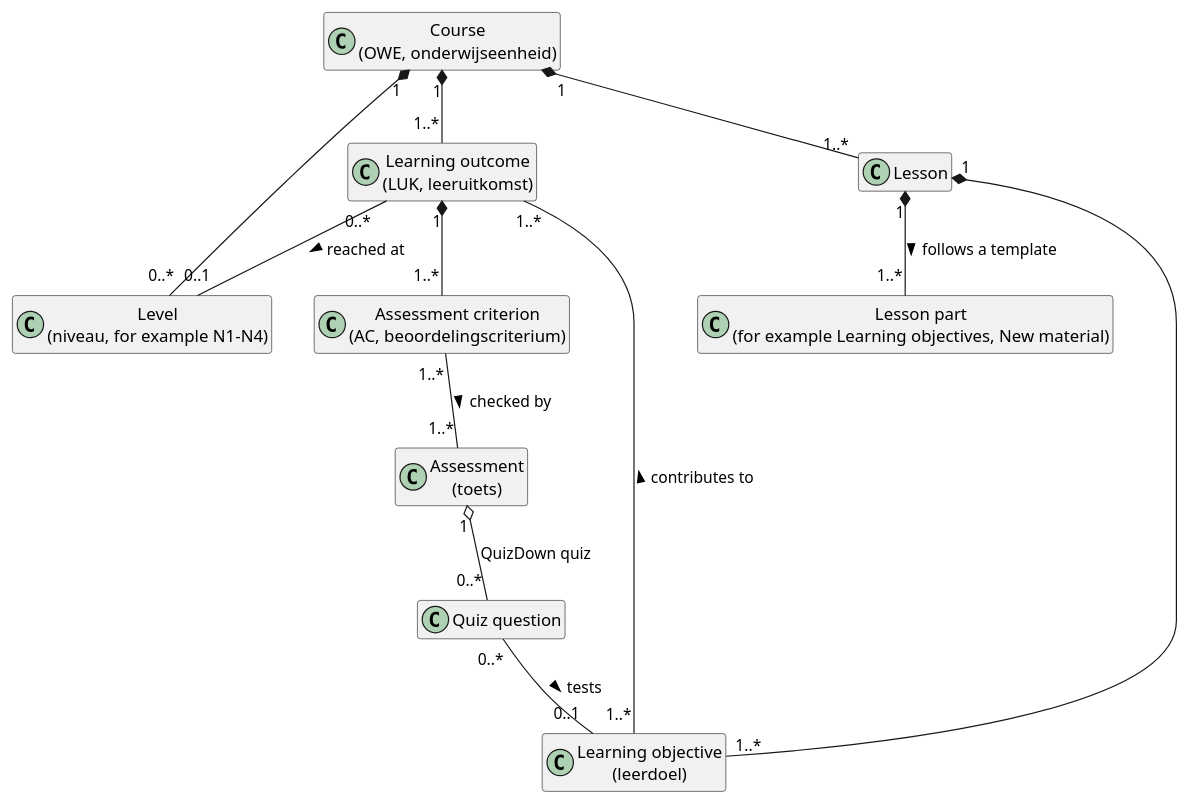
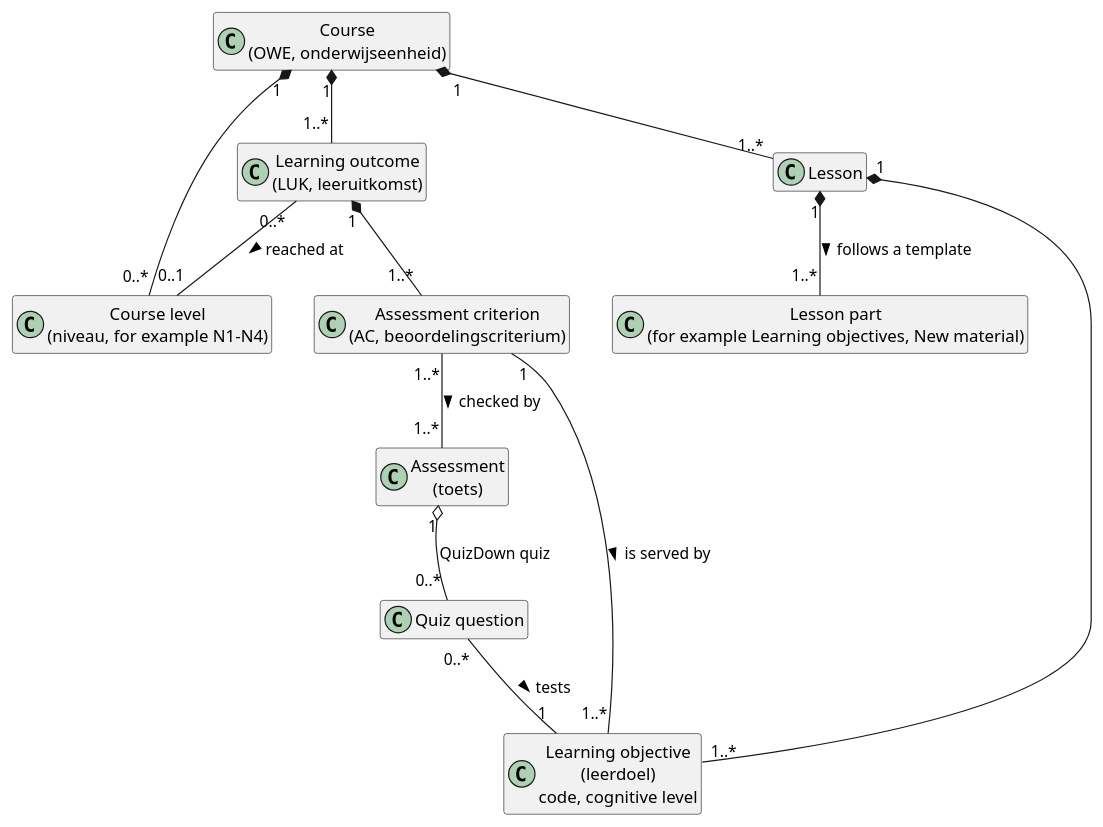
Before and after one commit to bartvanderwal/brightspacosaurus: the third of 6 diagrams in docs/software-guidebook.md, drawn with PlantUML. The commit also changed other lines of this file and 2 other files, not shown here.

Commit message:
Propose codes for learning objectives with level and topic, because ticks must survive rewording and moving; see #167, #168

````diff
--- a/docs/software-guidebook.md
+++ b/docs/software-guidebook.md
@@ -189,28 +189,28 @@
 ```plantuml
 @startuml
 hide empty members
 skinparam classAttributeIconSize 0
 
 class "Course\n(OWE, onderwijseenheid)" as Course
-class "Level\n(niveau, for example N1-N4)" as Level
+class "Course level\n(niveau, for example N1-N4)" as Level
 class "Learning outcome\n(LUK, leeruitkomst)" as Outcome
 class "Assessment criterion\n(AC, beoordelingscriterium)" as Criterion
 class "Assessment\n(toets)" as Assessment
 class "Quiz question" as Question
 class "Lesson" as Lesson
 class "Lesson part\n(for example Learning objectives, New material)" as Part
-class "Learning objective\n(leerdoel)" as Objective
+class "Learning objective\n(leerdoel)\ncode, cognitive level" as Objective
 
 Course "1" *-- "1..*" Outcome
 Course "1" *-- "0..*" Level
 Course "1" *-- "1..*" Lesson
 Outcome "1" *-- "1..*" Criterion
 Outcome "0..*" -- "0..1" Level : reached at >
 Lesson "1" *-- "1..*" Part : follows a template >
 Lesson "1" *-- "1..*" Objective
-Objective "1..*" -- "1..*" Outcome : contributes to >
+Criterion "1" -- "1..*" Objective : is served by >
 Criterion "1..*" -- "1..*" Assessment : checked by >
 Assessment "1" o-- "0..*" Question : QuizDown quiz
-Question "0..*" -- "0..1" Objective : tests >
+Question "0..*" -- "1" Objective : tests >
 @enduml
 ```
````
